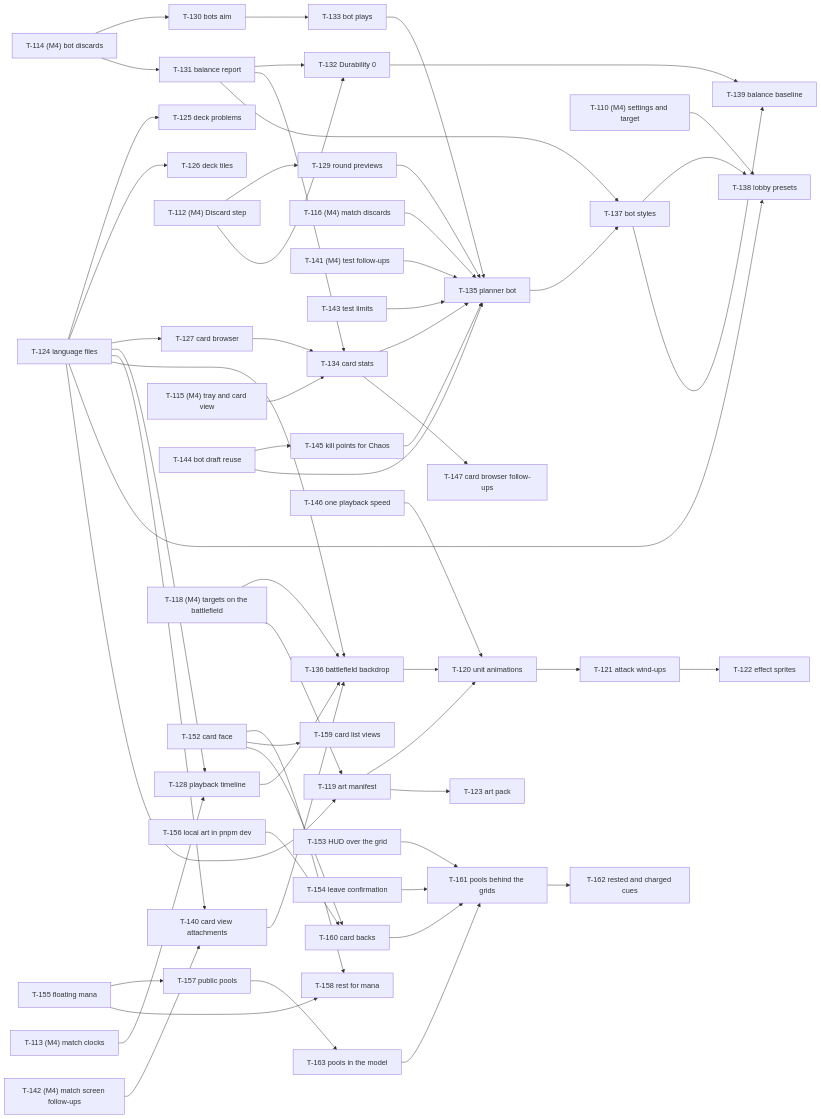
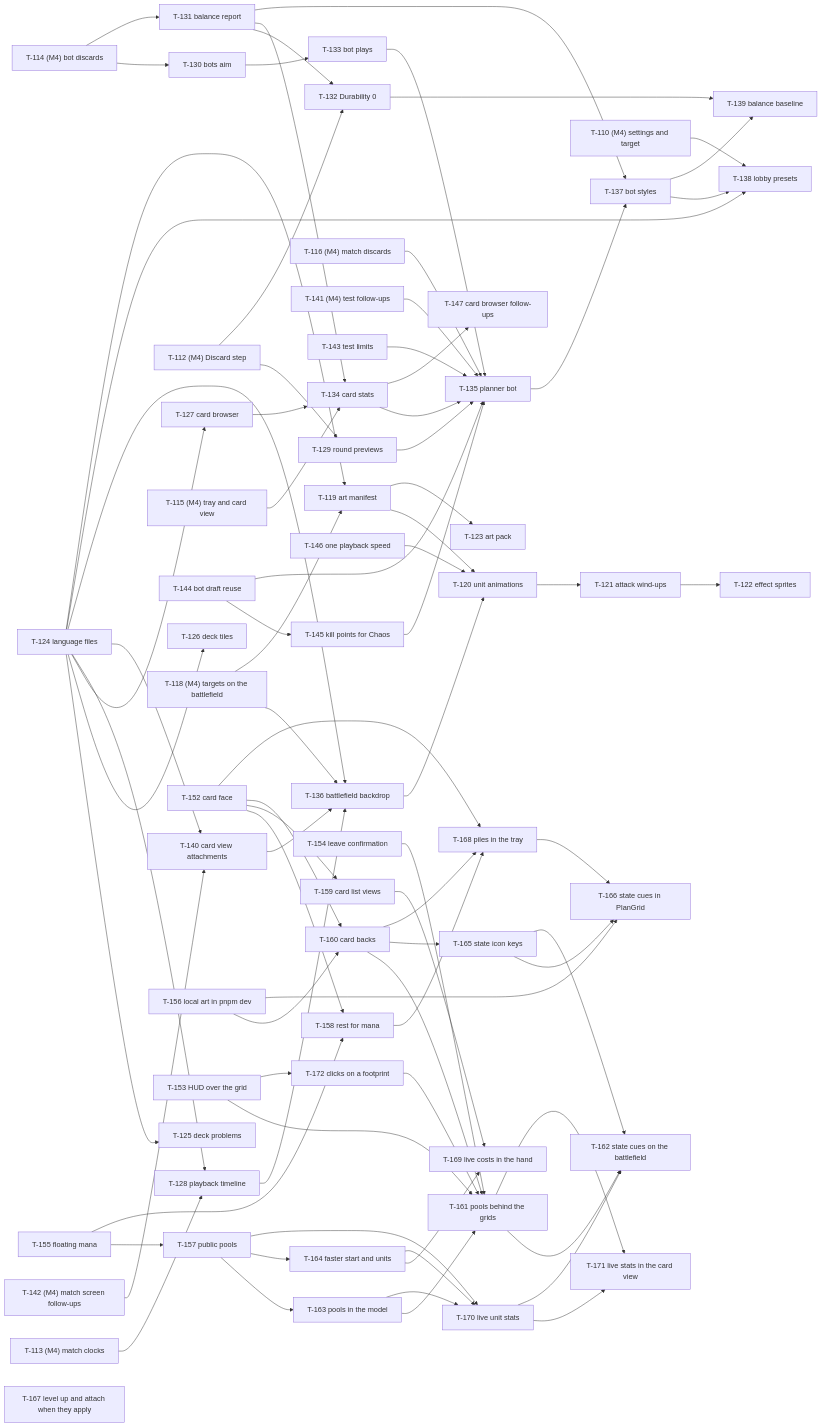
Before and after one commit to fringlesinthestreet/chaosgrid-docs: the sixth of 6 diagrams in docs/tasks/README.md, drawn with Mermaid. The commit also changed other lines of this file and 13 other files, not shown here.

````diff
--- a/docs/tasks/README.md
+++ b/docs/tasks/README.md
@@ -463,60 +464,80 @@
 ```mermaid
 graph LR
   T124["T-124 language files"] --> T125["T-125 deck problems"]
   T124 --> T126["T-126 deck tiles"]
   T124 --> T127["T-127 card browser"]
   T113["T-113 (M4) match clocks"] --> T128["T-128 playback timeline"]
   T124 --> T128
   T112["T-112 (M4) Discard step"] --> T129["T-129 round previews"]
   T114["T-114 (M4) bot discards"] --> T130["T-130 bots aim"]
   T114 --> T131["T-131 balance report"]
   T112 --> T132["T-132 Durability 0"]
   T131 --> T132
   T130 --> T133["T-133 bot plays"]
   T115["T-115 (M4) tray and card view"] --> T134["T-134 card stats"]
   T127 --> T134
   T131 --> T134
   T116["T-116 (M4) match discards"] --> T135["T-135 planner bot"]
   T129 --> T135
   T133 --> T135
   T134 --> T135
   T141["T-141 (M4) test follow-ups"] --> T135
   T143["T-143 test limits"] --> T135
   T144["T-144 bot draft reuse"] --> T145["T-145 kill points for Chaos"]
   T144 --> T135
   T145 --> T135
   T134 --> T147["T-147 card browser follow-ups"]
   T124 --> T140["T-140 card view attachments"]
   T142["T-142 (M4) match screen follow-ups"] --> T140
   T118["T-118 (M4) targets on the battlefield"] --> T136["T-136 battlefield backdrop"]
   T124 --> T136
   T128 --> T136
   T140 --> T136
   T131 --> T137["T-137 bot styles"]
   T135 --> T137
   T110["T-110 (M4) settings and target"] --> T138["T-138 lobby presets"]
   T124 --> T138
   T137 --> T138
   T137 --> T139["T-139 balance baseline"]
   T132 --> T139
   T118 --> T119["T-119 art manifest"]
   T124 --> T119
   T119 --> T120["T-120 unit animations"]
   T136 --> T120
   T146["T-146 one playback speed"] --> T120
   T120 --> T121["T-121 attack wind-ups"]
   T121 --> T122["T-122 effect sprites"]
   T119 --> T123["T-123 art pack"]
   T152["T-152 card face"] --> T158["T-158 rest for mana"]
   T155["T-155 floating mana"] --> T157["T-157 public pools"]
   T155 --> T158
   T152 --> T159["T-159 card list views"]
   T152 --> T160["T-160 card backs"]
   T156["T-156 local art in pnpm dev"] --> T160
   T157 --> T163["T-163 pools in the model"]
   T153["T-153 HUD over the grid"] --> T161["T-161 pools behind the grids"]
   T154["T-154 leave confirmation"] --> T161
   T160 --> T161
   T163 --> T161
-  T161 --> T162["T-162 rested and charged cues"]
+  T161 --> T162["T-162 state cues on the battlefield"]
+  T153 --> T172["T-172 clicks on a footprint"]
+  T172 --> T161
+  T167["T-167 level up and attach when they apply"]
+  T157 --> T164["T-164 faster start and units"]
+  T160 --> T165["T-165 state icon keys"]
+  T152 --> T168["T-168 piles in the tray"]
+  T158 --> T168
+  T160 --> T168
+  T156 --> T166["T-166 state cues in PlanGrid"]
+  T165 --> T166
+  T168 --> T166
+  T159 --> T169["T-169 live costs in the hand"]
+  T164 --> T169
+  T157 --> T170["T-170 live unit stats"]
+  T163 --> T170
+  T164 --> T170
+  T161 --> T171["T-171 live stats in the card view"]
+  T170 --> T171
+  T165 --> T162
+  T170 --> T162
 ```
````
